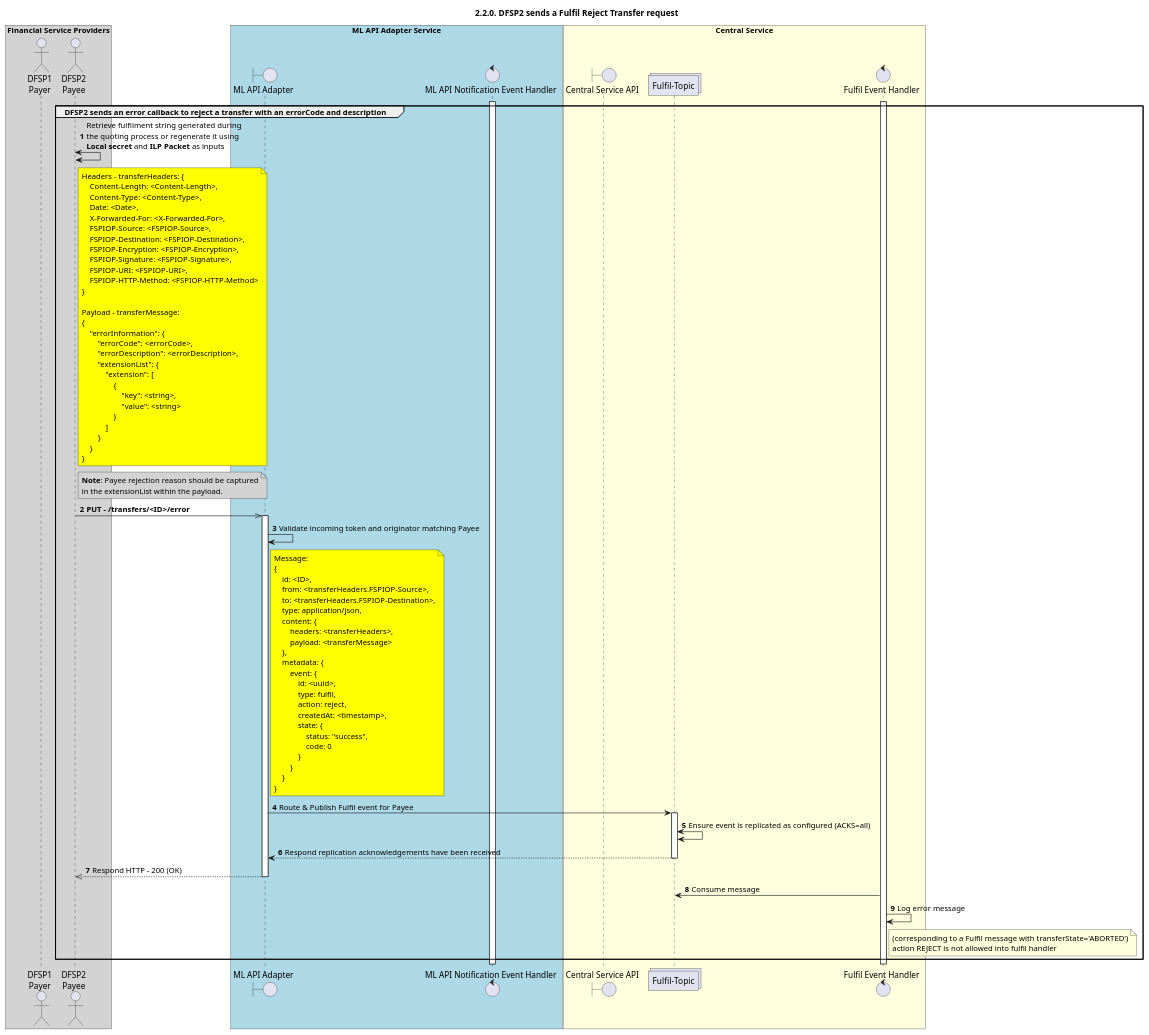
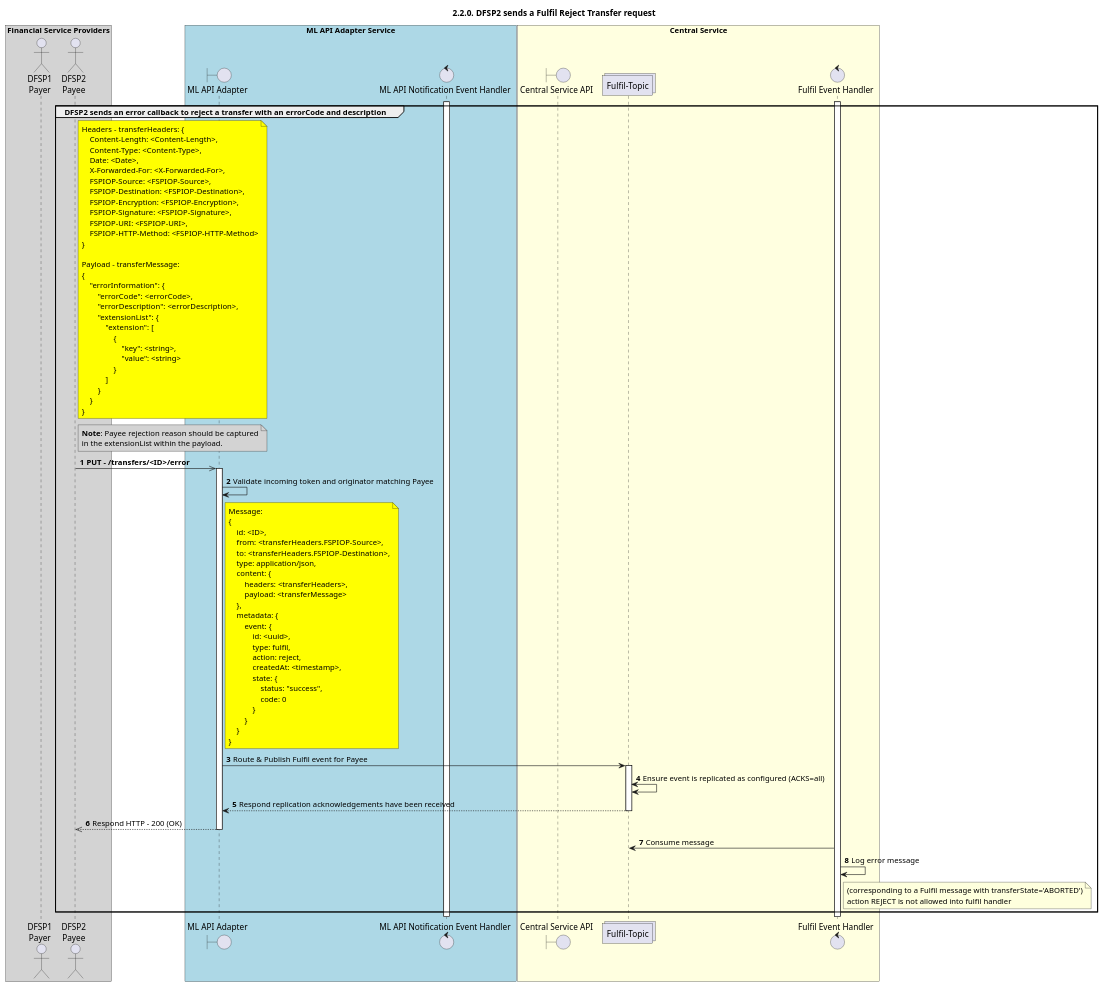
Before and after one commit to mojaloop/documentation: the diagram in mojaloop-technical-overview/central-ledger/assets/diagrams/sequence/seq-reject-2.2.0-v1.1.plantuml, drawn with PlantUML.

Commit message:
PR update

```diff
--- a/mojaloop-technical-overview/central-ledger/assets/diagrams/sequence/seq-reject-2.2.0-v1.1.plantuml
+++ b/mojaloop-technical-overview/central-ledger/assets/diagrams/sequence/seq-reject-2.2.0-v1.1.plantuml
@@ -26,123 +26,122 @@
 @startuml
 ' declate title
 title 2.2.0. DFSP2 sends a Fulfil Reject Transfer request
 
 autonumber
 
 ' Actor Keys:
 '   boundary - APIs/Interfaces, etc
 '   collections - Kafka Topics
 '   control - Kafka Consumers
 '   entity - Database Access Objects
 '   database - Database Persistance Store
 
 ' declare actors
 actor "DFSP1\nPayer" as DFSP1
 actor "DFSP2\nPayee" as DFSP2
 boundary "ML API Adapter" as MLAPI
 control "ML API Notification Event Handler" as NOTIFY_HANDLER
 boundary "Central Service API" as CSAPI
 collections "Fulfil-Topic" as TOPIC_FULFIL
 control "Fulfil Event Handler" as FULF_HANDLER
 
 ' collections "topic-transfer-position" as TOPIC_TRANSFER_POSITION
 ' control "Position Event Handler" as POS_HANDLER
 ' collections "Event-Topic" as TOPIC_EVENTS
 ' collections "Notification-Topic" as TOPIC_NOTIFICATIONS
 
 box "Financial Service Providers" #lightGray
 	participant DFSP1
 	participant DFSP2
 end box
 
 box "ML API Adapter Service" #LightBlue
 	participant MLAPI
 	participant NOTIFY_HANDLER
 end box
 
 box "Central Service" #LightYellow
     participant CSAPI
 	participant TOPIC_FULFIL
     participant FULF_HANDLER
 end box
 
 ' start flow
 activate NOTIFY_HANDLER
 activate FULF_HANDLER
 group DFSP2 sends an error callback to reject a transfer with an errorCode and description
-    DFSP2 <-> DFSP2: Retrieve fulfilment string generated during\nthe quoting process or regenerate it using\n**Local secret** and **ILP Packet** as inputs
     note right of DFSP2 #yellow
         Headers - transferHeaders: {
             Content-Length: <Content-Length>,
             Content-Type: <Content-Type>,
             Date: <Date>,
             X-Forwarded-For: <X-Forwarded-For>,
             FSPIOP-Source: <FSPIOP-Source>,
             FSPIOP-Destination: <FSPIOP-Destination>,
             FSPIOP-Encryption: <FSPIOP-Encryption>,
             FSPIOP-Signature: <FSPIOP-Signature>,
             FSPIOP-URI: <FSPIOP-URI>,
             FSPIOP-HTTP-Method: <FSPIOP-HTTP-Method>
         }
 
         Payload - transferMessage:
         {
             "errorInformation": {
                 "errorCode": <errorCode>,
                 "errorDescription": <errorDescription>,
                 "extensionList": {
                     "extension": [
                         {
                             "key": <string>,
                             "value": <string>
                         }
                     ]
                 }
             }
         }
     end note
     note right of DFSP2 #lightgray
         **Note**: Payee rejection reason should be captured
         in the extensionList within the payload.
     end note
     DFSP2 ->> MLAPI: **PUT - /transfers/<ID>/error**
     
     activate MLAPI
     MLAPI -> MLAPI: Validate incoming token and originator matching Payee
     note right of MLAPI #yellow
         Message:
         {
             id: <ID>,
             from: <transferHeaders.FSPIOP-Source>,
             to: <transferHeaders.FSPIOP-Destination>,
             type: application/json,
             content: {
                 headers: <transferHeaders>,
                 payload: <transferMessage>
             },
             metadata: {
                 event: {
                     id: <uuid>,
                     type: fulfil,
                     action: reject,
                     createdAt: <timestamp>,
                     state: {
                         status: "success",
                         code: 0
                     }
                 }
             }
         }
     end note
     MLAPI -> TOPIC_FULFIL: Route & Publish Fulfil event for Payee
     activate TOPIC_FULFIL
     TOPIC_FULFIL <-> TOPIC_FULFIL: Ensure event is replicated as configured (ACKS=all)
     TOPIC_FULFIL --> MLAPI: Respond replication acknowledgements have been received
     deactivate TOPIC_FULFIL
     MLAPI -->> DFSP2: Respond HTTP - 200 (OK)
     deactivate MLAPI
     TOPIC_FULFIL <- FULF_HANDLER: Consume message
     FULF_HANDLER -> FULF_HANDLER: Log error message
     note right of FULF_HANDLER: (corresponding to a Fulfil message with transferState='ABORTED')\naction REJECT is not allowed into fulfil handler
 end
 @enduml
```
